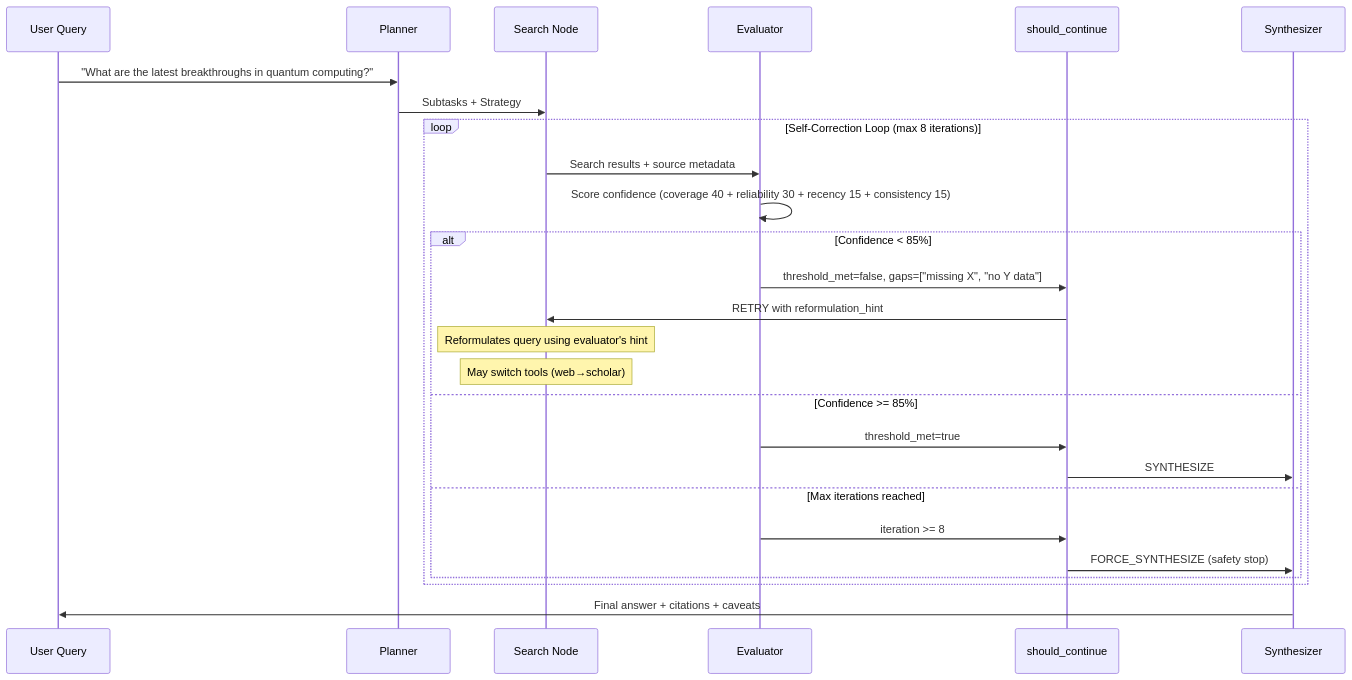
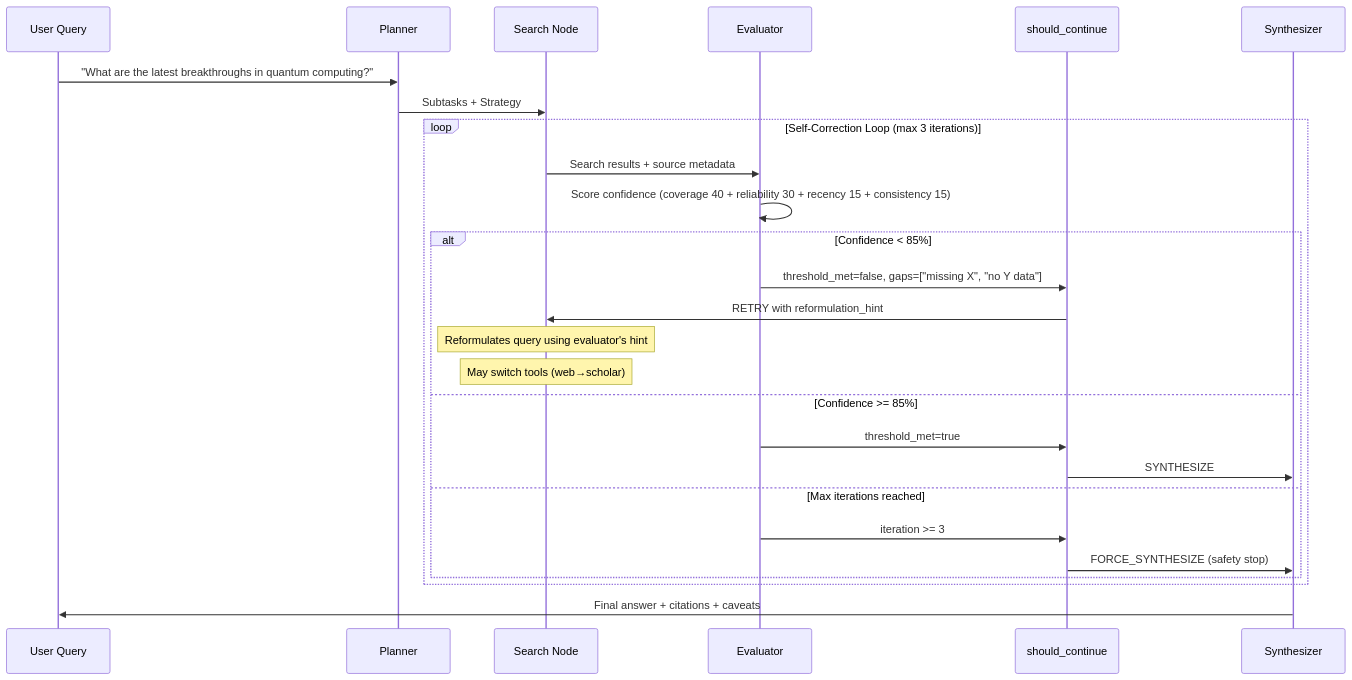
Before and after one commit to RagavRida/research-agent: the fourth of 4 diagrams in README.md, drawn with Mermaid. The commit also changed other lines of this file, not shown here.

First line of the commit message:
docs(readme): correct Railway/Neon deploy, iteration cap, and test count

````diff
--- a/README.md
+++ b/README.md
@@ -212,32 +215,32 @@
 ```mermaid
 sequenceDiagram
     participant U as User Query
     participant P as Planner
     participant S as Search Node
     participant E as Evaluator
     participant SC as should_continue
     participant SY as Synthesizer
 
     U->>P: "What are the latest breakthroughs in quantum computing?"
     P->>S: Subtasks + Strategy
     
-    loop Self-Correction Loop (max 8 iterations)
+    loop Self-Correction Loop (max 3 iterations)
         S->>E: Search results + source metadata
         E->>E: Score confidence (coverage 40 + reliability 30 + recency 15 + consistency 15)
         
         alt Confidence < 85%
             E->>SC: threshold_met=false, gaps=["missing X", "no Y data"]
             SC->>S: RETRY with reformulation_hint
             Note over S: Reformulates query using evaluator's hint
             Note over S: May switch tools (web→scholar)
         else Confidence >= 85%
             E->>SC: threshold_met=true
             SC->>SY: SYNTHESIZE
         else Max iterations reached
-            E->>SC: iteration >= 8
+            E->>SC: iteration >= 3
             SC->>SY: FORCE_SYNTHESIZE (safety stop)
         end
     end
     
     SY->>U: Final answer + citations + caveats
 ```
````
